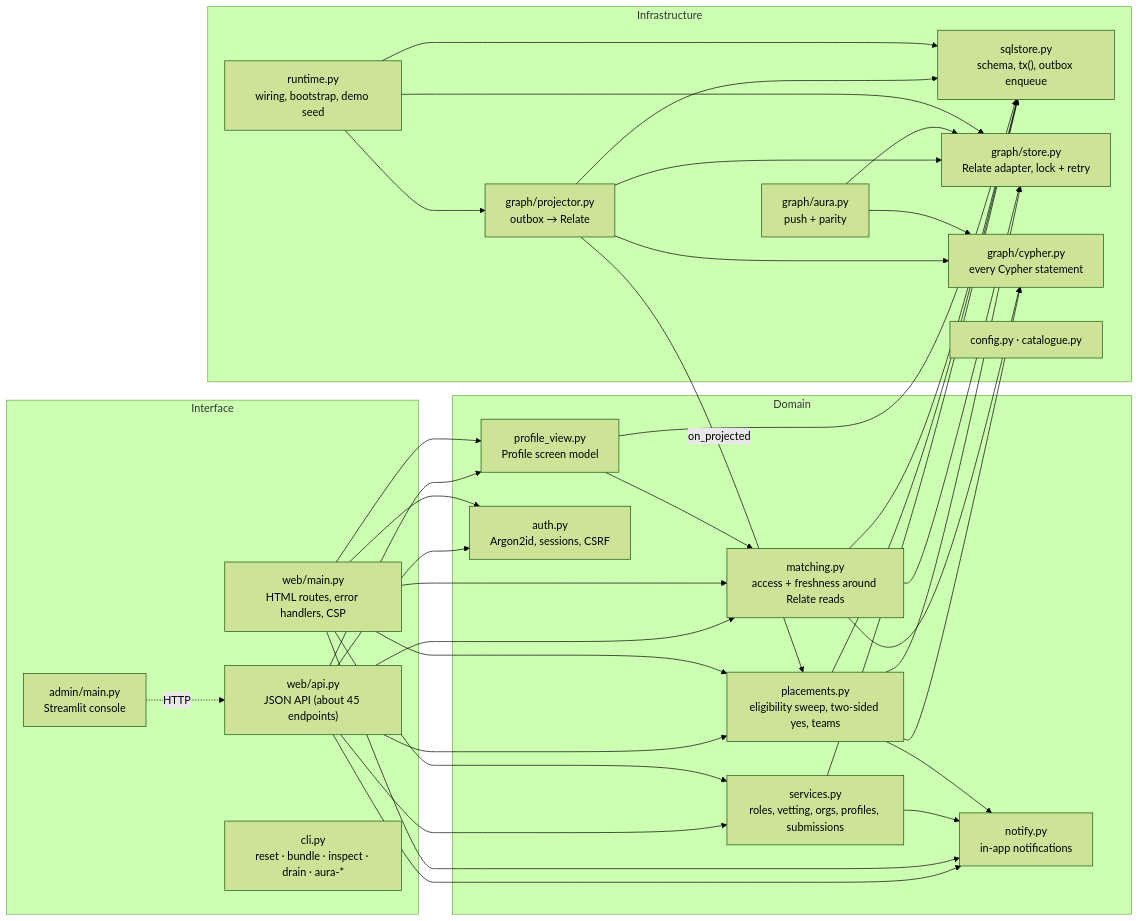
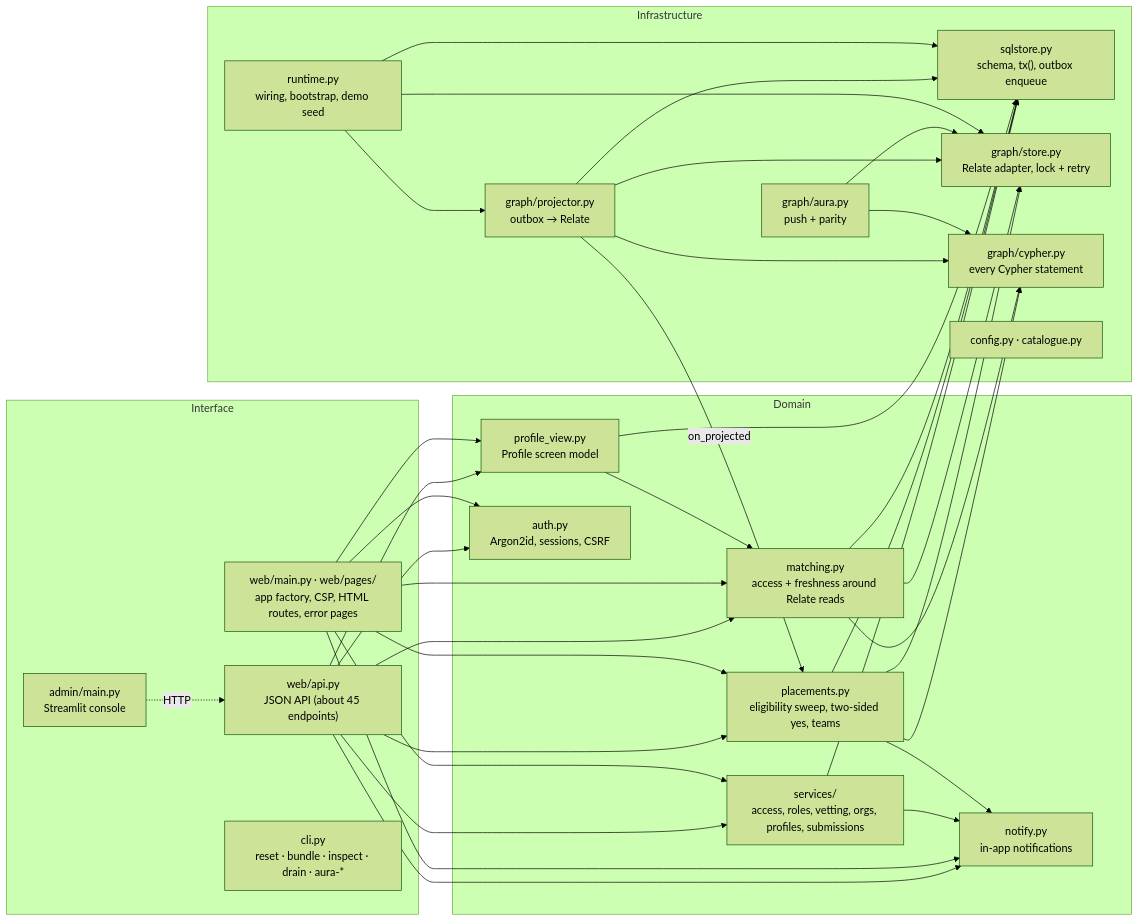
Before and after one commit to TheCyberScallywag/hackEntry: the second of 11 diagrams in docs/content/project/solution-architecture.md, drawn with Mermaid (forest theme). The commit also changed other lines of this file and 109 other files, not shown here.

````diff
--- a/docs/content/project/solution-architecture.md
+++ b/docs/content/project/solution-architecture.md
@@ -167,37 +177,37 @@
 ```mermaid
 flowchart LR
   subgraph Interface
     api["web/api.py<br/>JSON API (about 45 endpoints)"]
-    main["web/main.py<br/>HTML routes, error handlers, CSP"]
+    main["web/main.py · web/pages/<br/>app factory, CSP, HTML routes, error pages"]
     admin["admin/main.py<br/>Streamlit console"]
     cli["cli.py<br/>reset · bundle · inspect · drain · aura-*"]
   end
   subgraph Domain
-    services["services.py<br/>roles, vetting, orgs, profiles, submissions"]
+    services["services/<br/>access, roles, vetting, orgs, profiles, submissions"]
     placements["placements.py<br/>eligibility sweep, two-sided yes, teams"]
     matching["matching.py<br/>access + freshness around Relate reads"]
     profile["profile_view.py<br/>Profile screen model"]
     notify["notify.py<br/>in-app notifications"]
     auth["auth.py<br/>Argon2id, sessions, CSRF"]
   end
   subgraph Infrastructure
     sqlstore["sqlstore.py<br/>schema, tx(), outbox enqueue"]
     store["graph/store.py<br/>Relate adapter, lock + retry"]
     cypher["graph/cypher.py<br/>every Cypher statement"]
     projector["graph/projector.py<br/>outbox → Relate"]
     aura["graph/aura.py<br/>push + parity"]
     runtime["runtime.py<br/>wiring, bootstrap, demo seed"]
     config["config.py · catalogue.py"]
   end
   api --> services & placements & matching & profile & notify & auth
   main --> services & placements & matching & profile & notify & auth
   admin -. HTTP .-> api
   services --> sqlstore & notify
   placements --> sqlstore & store & cypher & notify
   matching --> sqlstore & store & cypher
   profile --> sqlstore & matching
   projector --> sqlstore & store & cypher
   projector -- on_projected --> placements
   aura --> store & cypher
   runtime --> sqlstore & store & projector
 ```
````
